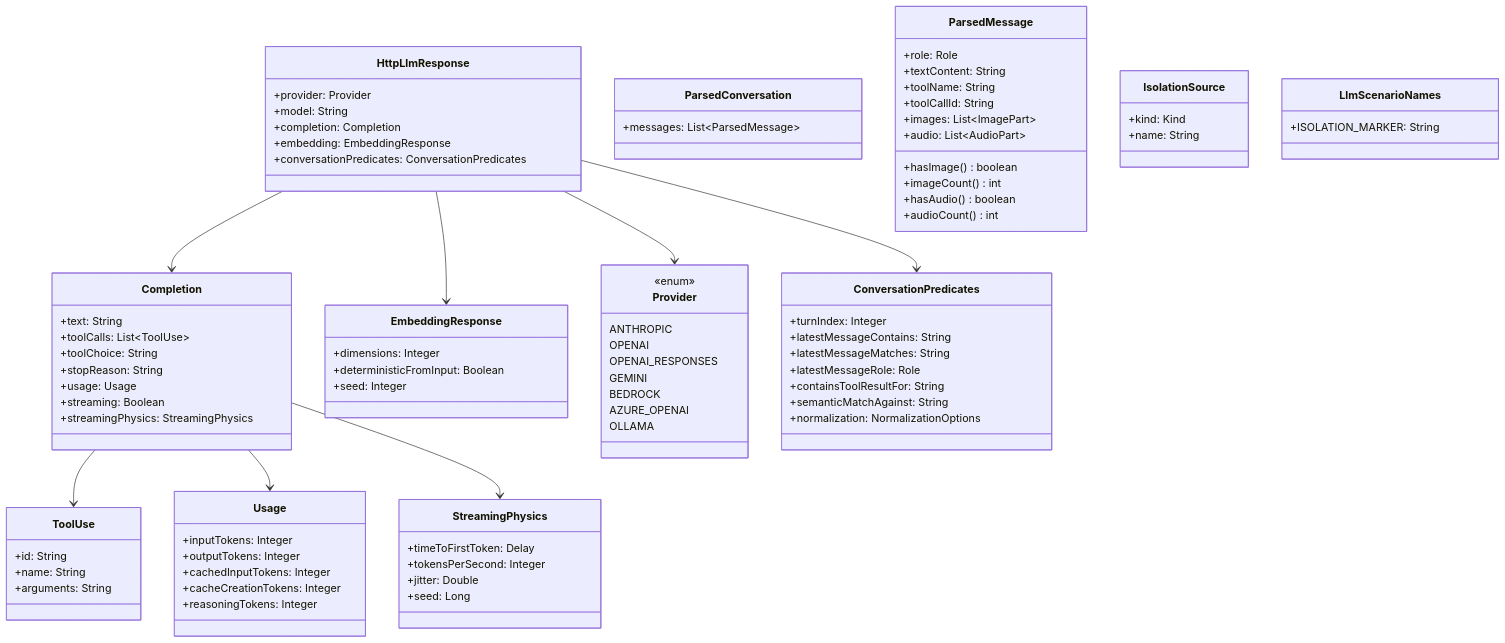
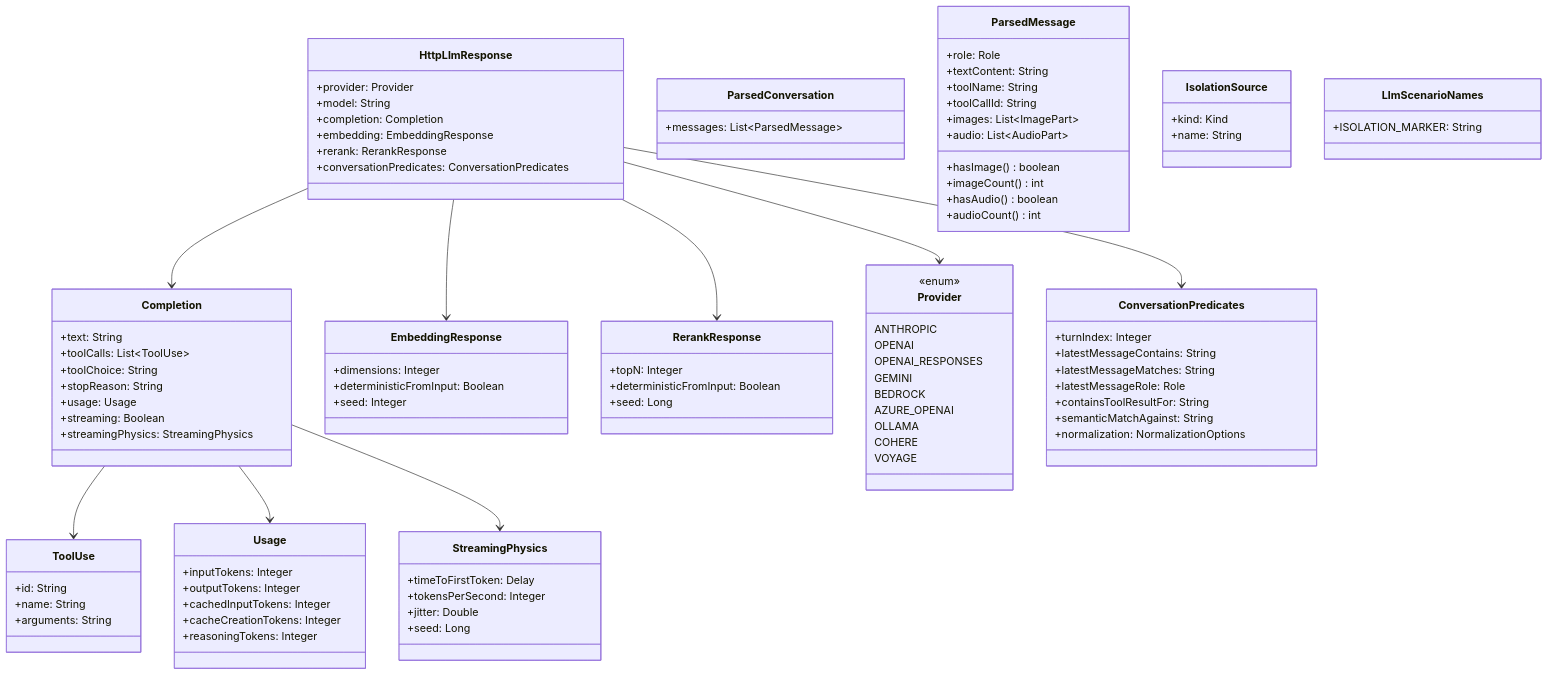
One commit to sean8601/mockserver-monorepo changed the third of 5 diagrams in docs/code/llm-mocking.md. Above: the diagram before and after it, drawn with Mermaid. The commit also changed other lines of this file and 34 other files, not shown here.

Commit message:
feat(core): LLM embeddings for Gemini/Ollama/Bedrock and rerank mocking

```diff
--- a/docs/code/llm-mocking.md
+++ b/docs/code/llm-mocking.md
@@ -293,6 +298,7 @@
         +model: String
         +completion: Completion
         +embedding: EmbeddingResponse
+        +rerank: RerankResponse
         +conversationPredicates: ConversationPredicates
     }
     class Completion {
@@ -327,6 +333,11 @@
         +deterministicFromInput: Boolean
         +seed: Integer
     }
+    class RerankResponse {
+        +topN: Integer
+        +deterministicFromInput: Boolean
+        +seed: Long
+    }
     class Provider {
         <<enum>>
         ANTHROPIC
@@ -336,6 +347,8 @@
         BEDROCK
         AZURE_OPENAI
         OLLAMA
+        COHERE
+        VOYAGE
     }
     class ConversationPredicates {
         +turnIndex: Integer
@@ -372,6 +385,7 @@
     HttpLlmResponse --> Provider
     HttpLlmResponse --> Completion
     HttpLlmResponse --> EmbeddingResponse
+    HttpLlmResponse --> RerankResponse
     HttpLlmResponse --> ConversationPredicates
     Completion --> ToolUse
     Completion --> Usage
```
